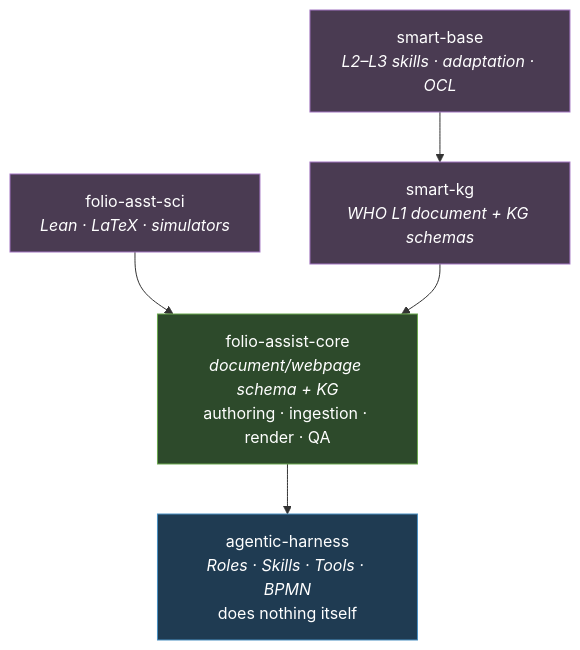
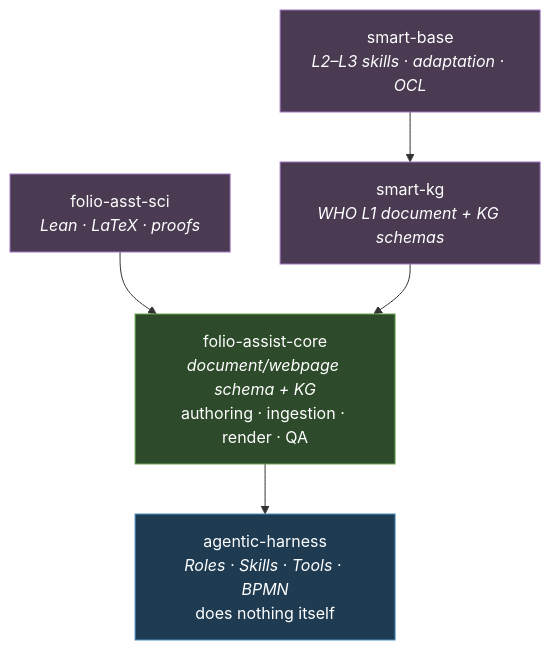
Before and after one commit to litlfred/folio-assistant: the diagram in docs/folio-assistant/architecture/future-state.md, drawn with Mermaid. The commit also changed other lines of this file and 23 other files, not shown here.

````diff
--- a/docs/folio-assistant/architecture/future-state.md
+++ b/docs/folio-assistant/architecture/future-state.md
@@ -27,20 +27,20 @@
 ```mermaid
 flowchart TD
     AH[agentic-harness<br/><i>Roles · Skills · Tools · BPMN</i><br/>does nothing itself]
     CORE[folio-assist-core<br/><i>document/webpage schema + KG</i><br/>authoring · ingestion · render · QA]
-    SCI[folio-asst-sci<br/><i>Lean · LaTeX · simulators</i>]
+    SCI[folio-asst-sci<br/><i>Lean · LaTeX · proofs</i>]
     KG[smart-kg<br/><i>WHO L1 document + KG schemas</i>]
     BASE[smart-base<br/><i>L2–L3 skills · adaptation · OCL</i>]
 
     CORE --> AH
     SCI --> CORE
     KG --> CORE
     BASE --> KG
 
     classDef harness fill:#1f3b52,stroke:#4a90c2,color:#fff
     classDef core fill:#2d4a2b,stroke:#6aa84f,color:#fff
     classDef leaf fill:#4a3b52,stroke:#a274c2,color:#fff
     class AH harness
     class CORE core
     class SCI,KG,BASE leaf
 ```
````
